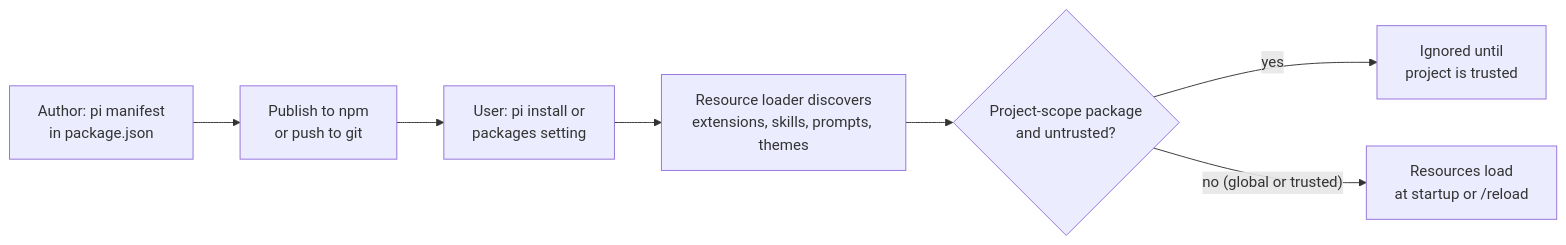
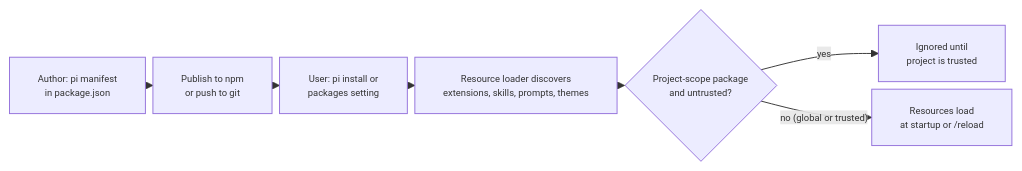
The diagram in developer-guide/09-packaging-and-distribution.qmd (lukechen526/pi), drawn with Mermaid before and after one commit. The commit also changed 8 other files, not shown here.

````diff
--- a/developer-guide/09-packaging-and-distribution.qmd
+++ b/developer-guide/09-packaging-and-distribution.qmd
@@ -27,11 +27,13 @@
 ```{mermaid}
 %%| label: fig-package-lifecycle
 %%| fig-cap: "Package lifecycle: the author declares resources in a `pi` manifest and publishes; the user installs from a source; the resource loader discovers the package's resources, subject to the same trust gate as other project-local resources."
+%%| fig-width: 6.2
+%%{init: {"flowchart": {"nodeSpacing": 8, "rankSpacing": 8}, "themeVariables": {"fontSize": "10px"}}}%%
 flowchart LR
   author["Author: pi manifest<br/>in package.json"] --> publish["Publish to npm<br/>or push to git"]
   publish --> install["User: pi install or<br/>packages setting"]
   install --> loader["Resource loader discovers<br/>extensions, skills, prompts, themes"]
   loader --> trust{"Project-scope package<br/>and untrusted?"}
   trust -->|yes| ignore["Ignored until<br/>project is trusted"]
   trust -->|"no (global or trusted)"| load["Resources load<br/>at startup or /reload"]
 ```
````
